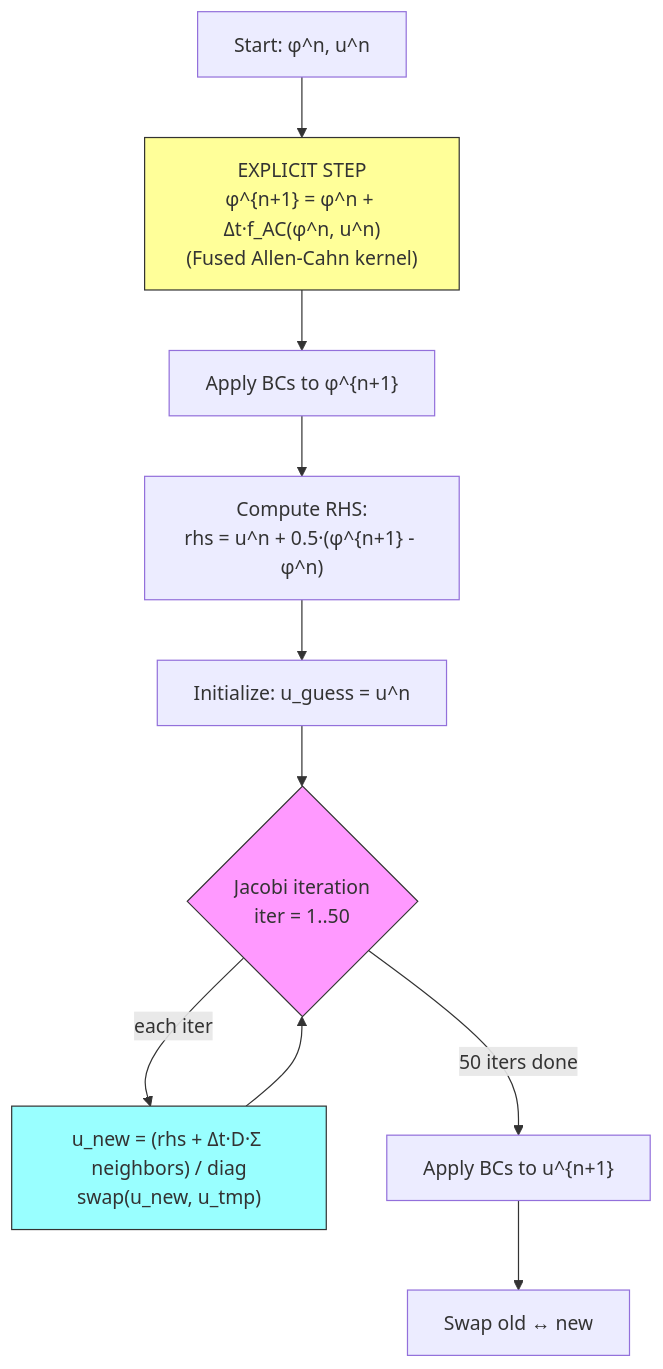
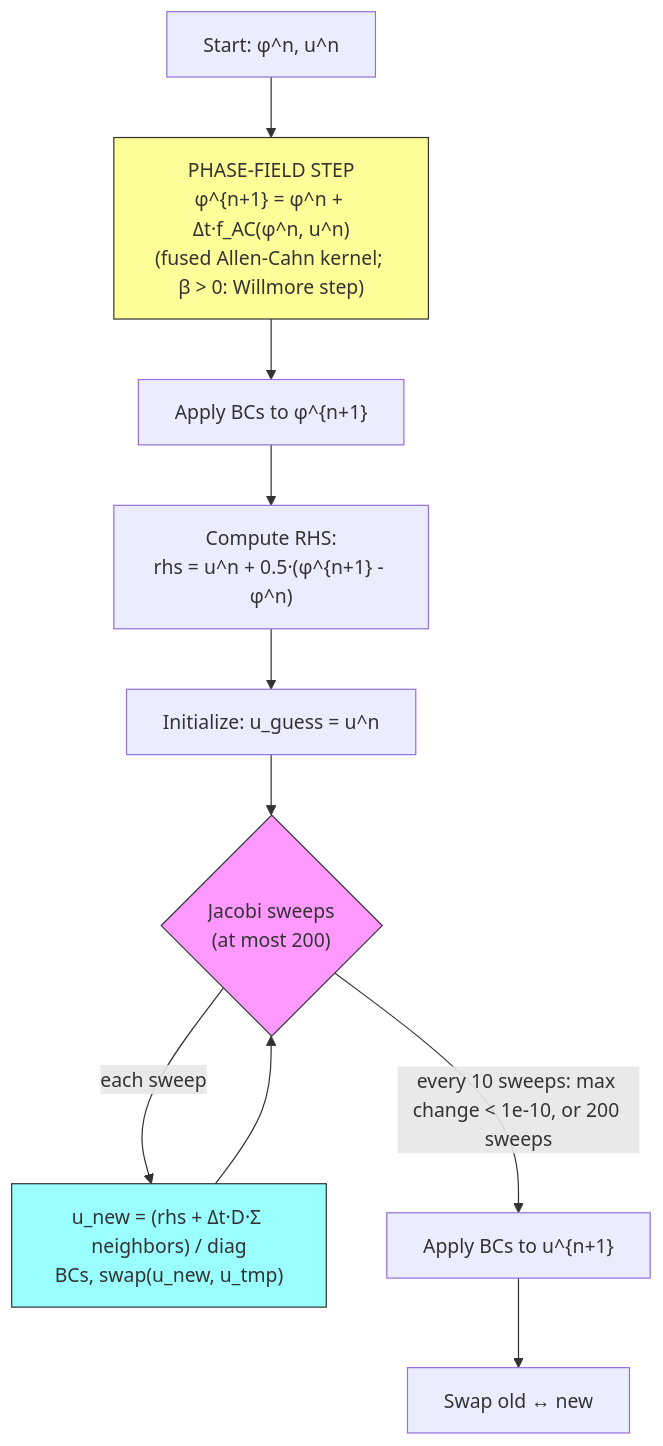
One commit to myousefi2016/Allen-Cahn-CUDA changed the tenth of 12 diagrams in docs/THEORY.md. Above: the diagram before and after it, drawn with Mermaid. The commit also changed other lines of this file and 36 other files, not shown here.

````diff
--- a/docs/THEORY.md
+++ b/docs/THEORY.md
@@ -636,15 +989,15 @@
 ```mermaid
 flowchart TD
-    A["Start: φ^n, u^n"] --> EX["EXPLICIT STEP<br/>φ^{n+1} = φ^n + Δt·f_AC(φ^n, u^n)<br/>(Fused Allen-Cahn kernel)"]
+    A["Start: φ^n, u^n"] --> EX["PHASE-FIELD STEP<br/>φ^{n+1} = φ^n + Δt·f_AC(φ^n, u^n)<br/>(fused Allen-Cahn kernel; β > 0: Willmore step)"]
     EX --> BC1["Apply BCs to φ^{n+1}"]
     BC1 --> RHS["Compute RHS:<br/>rhs = u^n + 0.5·(φ^{n+1} - φ^n)"]
     RHS --> INIT["Initialize: u_guess = u^n"]
-    INIT --> LOOP{"Jacobi iteration<br/>iter = 1..50"}
-    LOOP -->|"each iter"| JAC["u_new = (rhs + Δt·D·Σ neighbors) / diag<br/>swap(u_new, u_tmp)"]
+    INIT --> LOOP{"Jacobi sweeps<br/>(at most 200)"}
+    LOOP -->|"each sweep"| JAC["u_new = (rhs + Δt·D·Σ neighbors) / diag<br/>BCs, swap(u_new, u_tmp)"]
     JAC --> LOOP
-    LOOP -->|"50 iters done"| BC2["Apply BCs to u^{n+1}"]
+    LOOP -->|"every 10 sweeps: max change < 1e-10, or 200 sweeps"| BC2["Apply BCs to u^{n+1}"]
     BC2 --> SWAP["Swap old ↔ new"]
     style EX fill:#ff9,stroke:#333
     style JAC fill:#9ff,stroke:#333
     style LOOP fill:#f9f,stroke:#333
 ```
````
